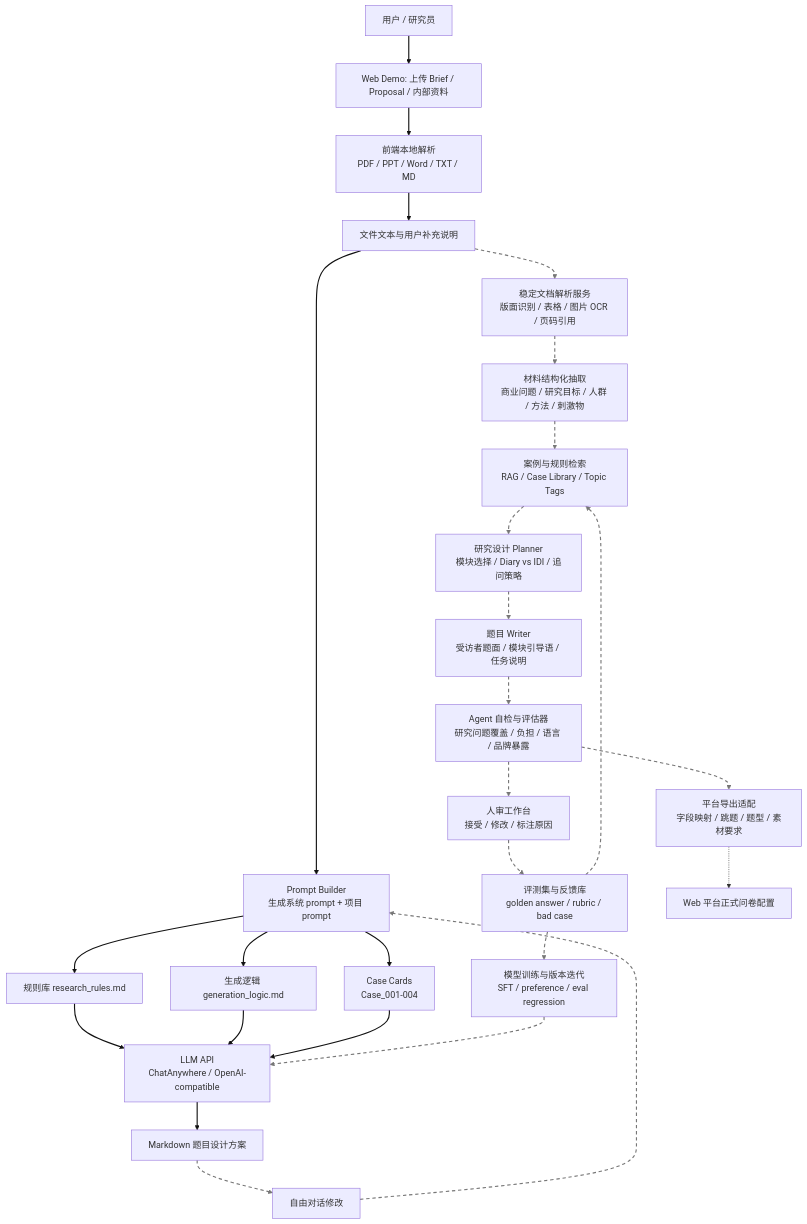
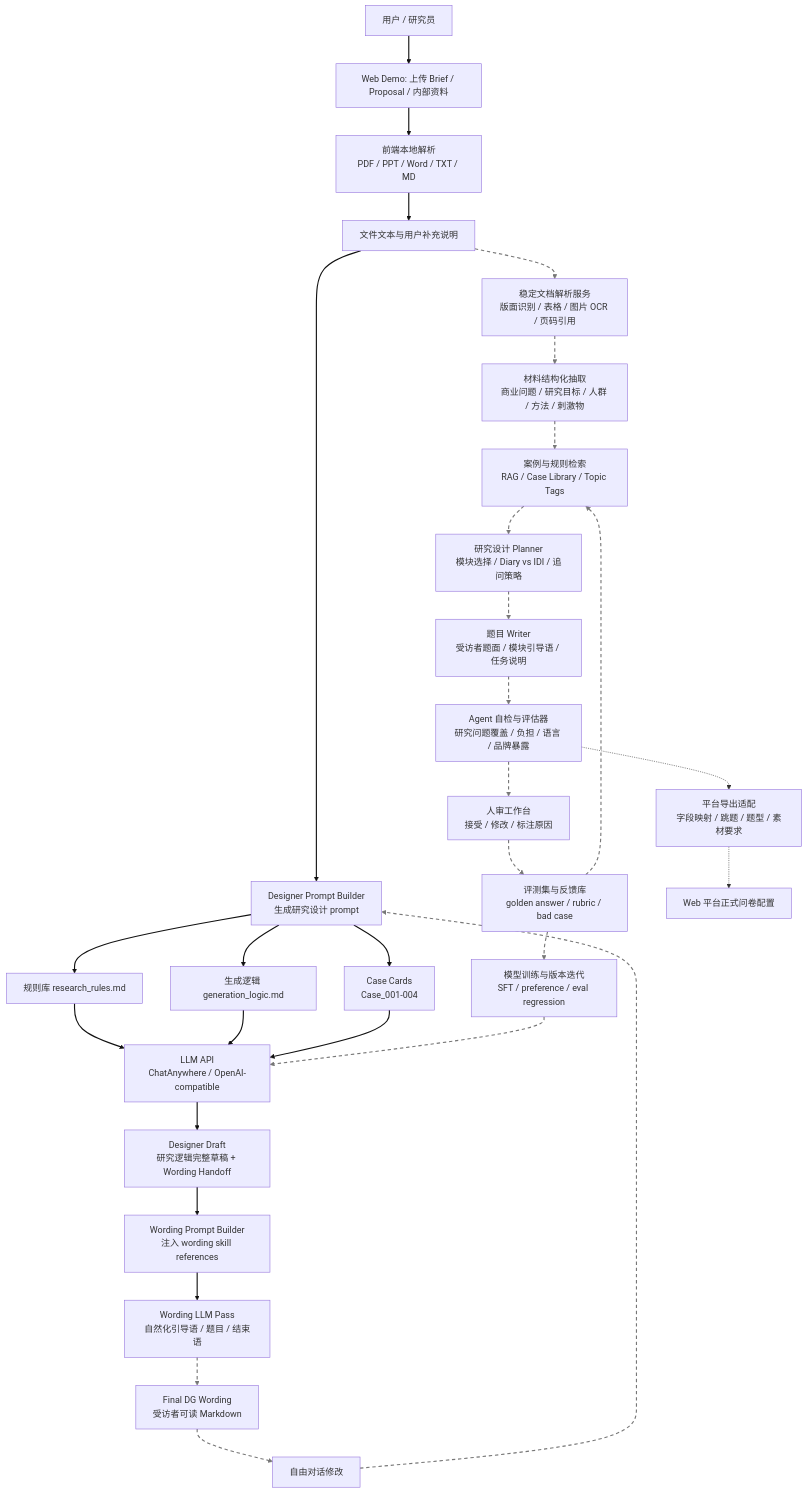
The diagram in README.md (CHUJUNGE/DG_Agent_v0.1), drawn with Mermaid before and after one commit. The commit also changed other lines of this file, not shown here.

````diff
--- a/README.md
+++ b/README.md
@@ -25,33 +25,36 @@
 ```mermaid
 flowchart TD
     U["用户 / 研究员"] --> A["Web Demo: 上传 Brief / Proposal / 内部资料"]
     A --> B["前端本地解析<br/>PDF / PPT / Word / TXT / MD"]
     B --> C["文件文本与用户补充说明"]
-    C --> D["Prompt Builder<br/>生成系统 prompt + 项目 prompt"]
+    C --> D["Designer Prompt Builder<br/>生成研究设计 prompt"]
     D --> E["规则库 research_rules.md"]
     D --> F["生成逻辑 generation_logic.md"]
     D --> G["Case Cards<br/>Case_001-004"]
     E --> H["LLM API<br/>ChatAnywhere / OpenAI-compatible"]
     F --> H
     G --> H
-    H --> I["Markdown 题目设计方案"]
-    I --> J["自由对话修改"]
+    H --> I["Designer Draft<br/>研究逻辑完整草稿 + Wording Handoff"]
+    I --> W["Wording Prompt Builder<br/>注入 wording skill references"]
+    W --> X["Wording LLM Pass<br/>自然化引导语 / 题目 / 结束语"]
+    X --> Y["Final DG Wording<br/>受访者可读 Markdown"]
+    Y --> J["自由对话修改"]
     J --> D
 
     C -.-> K["稳定文档解析服务<br/>版面识别 / 表格 / 图片 OCR / 页码引用"]
     K -.-> L["材料结构化抽取<br/>商业问题 / 研究目标 / 人群 / 方法 / 刺激物"]
     L -.-> M["案例与规则检索<br/>RAG / Case Library / Topic Tags"]
     M -.-> N["研究设计 Planner<br/>模块选择 / Diary vs IDI / 追问策略"]
     N -.-> O["题目 Writer<br/>受访者题面 / 模块引导语 / 任务说明"]
     O -.-> P["Agent 自检与评估器<br/>研究问题覆盖 / 负担 / 语言 / 品牌暴露"]
     P -.-> Q["人审工作台<br/>接受 / 修改 / 标注原因"]
     Q -.-> R["评测集与反馈库<br/>golden answer / rubric / bad case"]
     R -.-> M
     R -.-> U2["模型训练与版本迭代<br/>SFT / preference / eval regression"]
     U2 -.-> H
     P -.-> S["平台导出适配<br/>字段映射 / 跳题 / 题型 / 素材要求"]
     S -.-> T["Web 平台正式问卷配置"]
 
-    linkStyle 0,1,2,3,4,5,6,7,8,9,10 stroke:#111,stroke-width:2px
-    linkStyle 11,12,13,14,15,16,17,18,19,20,21,22,23,24 stroke:#777,stroke-width:2px,stroke-dasharray: 6 5
+    linkStyle 0,1,2,3,4,5,6,7,8,9,10,11,12 stroke:#111,stroke-width:2px
+    linkStyle 13,14,15,16,17,18,19,20,21,22,23,24,25,26 stroke:#777,stroke-width:2px,stroke-dasharray: 6 5
 ```
````
